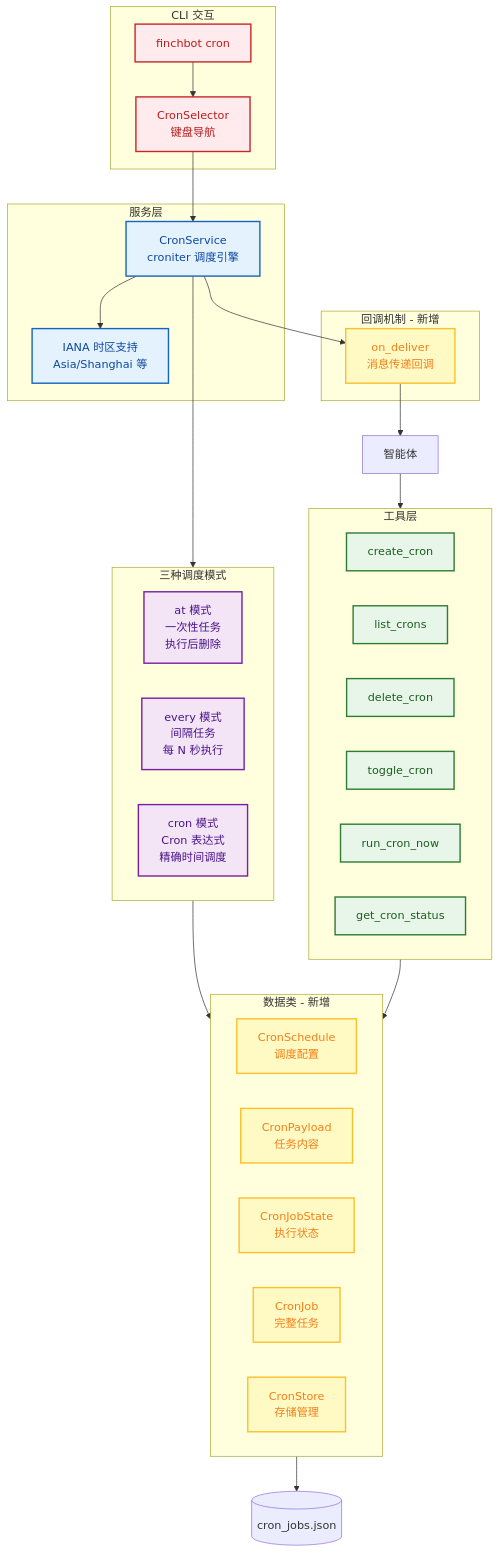
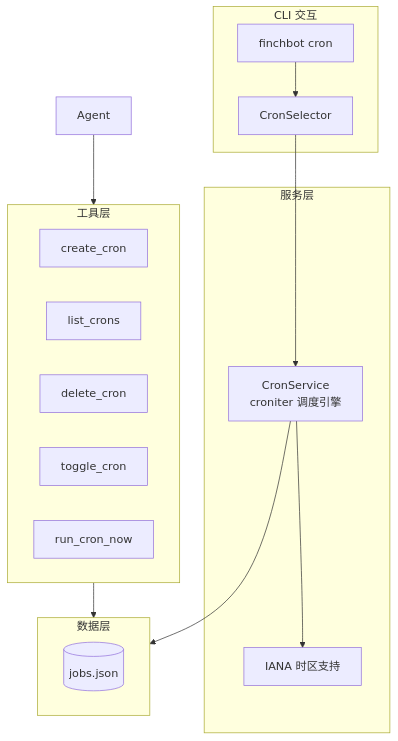
One commit to zhangjingyuan177-hue/FinchBot changed diagram 15 of 21 in docs/zh-CN/architecture.md. Above: the diagram before and after it, drawn with Mermaid. The commit also changed other lines of this file and 7 other files, not shown here.

````diff
--- a/docs/zh-CN/architecture.md
+++ b/docs/zh-CN/architecture.md
@@ -1147,58 +1194,30 @@
 ```mermaid
 flowchart TB
-    classDef cli fill:#ffebee,stroke:#c62828,stroke-width:2px,color:#b71c1c;
-    classDef service fill:#e3f2fd,stroke:#1565c0,stroke-width:2px,color:#0d47a1;
-    classDef tool fill:#e8f5e9,stroke:#2e7d32,stroke-width:2px,color:#1b5e20;
-    classDef mode fill:#f3e5f5,stroke:#7b1fa2,stroke-width:2px,color:#4a148c;
-    classDef data fill:#fff9c4,stroke:#fbc02d,stroke-width:2px,color:#f57f17;
-
     subgraph CLI [CLI 交互]
-        Command[finchbot cron]:::cli
-        Selector[CronSelector<br/>键盘导航]:::cli
+        Command[finchbot cron]
+        Selector[CronSelector]
     end
 
     subgraph Service [服务层]
-        CronService[CronService<br/>croniter 调度引擎]:::service
-        TZ[IANA 时区支持<br/>Asia/Shanghai 等]:::service
+        CronService[CronService<br/>croniter 调度引擎]
+        TZ[IANA 时区支持]
     end
 
-    subgraph Modes [三种调度模式]
-        AtMode["at 模式<br/>一次性任务<br/>执行后删除"]:::mode
-        EveryMode["every 模式<br/>间隔任务<br/>每 N 秒执行"]:::mode
-        CronMode["cron 模式<br/>Cron 表达式<br/>精确时间调度"]:::mode
-    end
-
-    subgraph Data [数据类 - 新增]
-        Schedule[CronSchedule<br/>调度配置]:::data
-        Payload[CronPayload<br/>任务内容]:::data
-        State[CronJobState<br/>执行状态]:::data
-        Job[CronJob<br/>完整任务]:::data
-        Store[CronStore<br/>存储管理]:::data
+    subgraph Data [数据层]
+        Store[(jobs.json)]
     end
 
     subgraph Tools [工具层]
-        Create[create_cron]:::tool
-        List[list_crons]:::tool
-        Delete[delete_cron]:::tool
-        Toggle[toggle_cron]:::tool
-        RunNow[run_cron_now]:::tool
-        GetStatus[get_cron_status]:::tool
+        Create[create_cron]
+        List[list_crons]
+        Delete[delete_cron]
+        Toggle[toggle_cron]
+        RunNow[run_cron_now]
     end
 
-    subgraph Callbacks [回调机制 - 新增]
-        OnDeliver[on_deliver<br/>消息传递回调]:::data
-    end
-
-    Command --> Selector
-    Selector --> CronService
+    Command --> Selector --> CronService
     CronService --> TZ
-    CronService --> Modes
-    Modes --> Data
-    Data --> Storage[(cron_jobs.json)]
+    CronService --> Data
     
-    Agent[智能体] --> Tools
-    Tools --> Data
-    
-    CronService --> OnDeliver
-    OnDeliver --> Agent
+    Agent --> Tools --> Data
 ```
````
